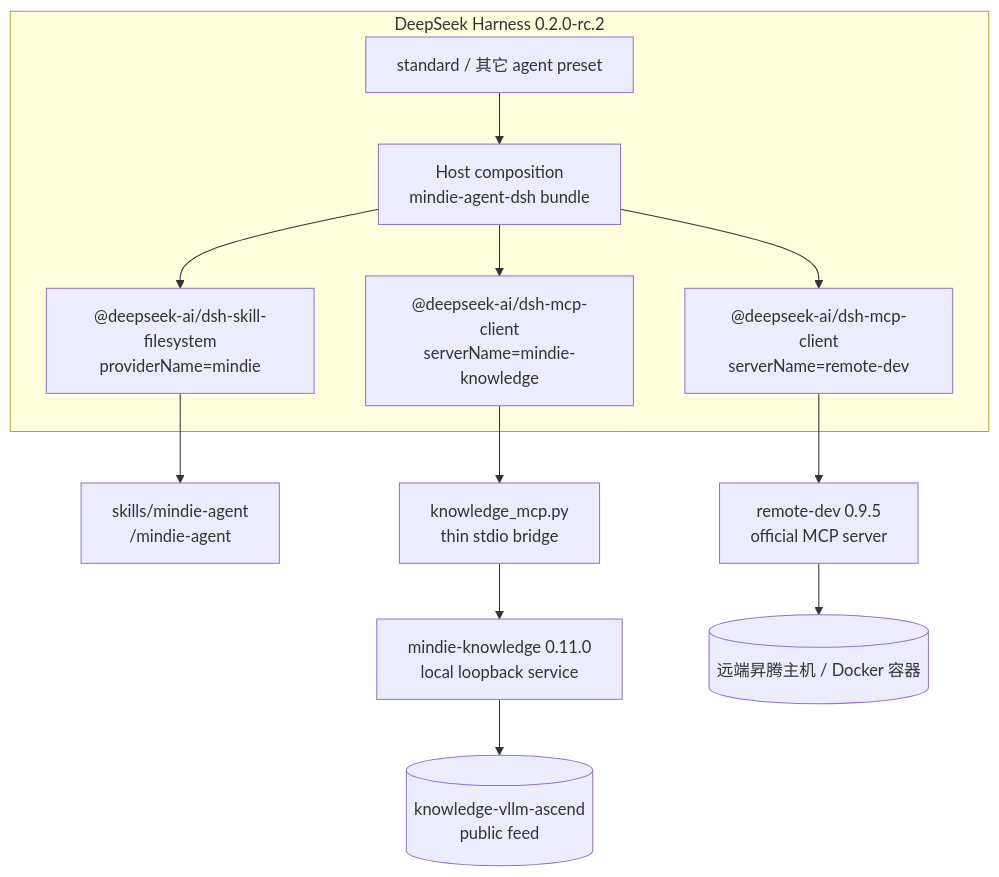
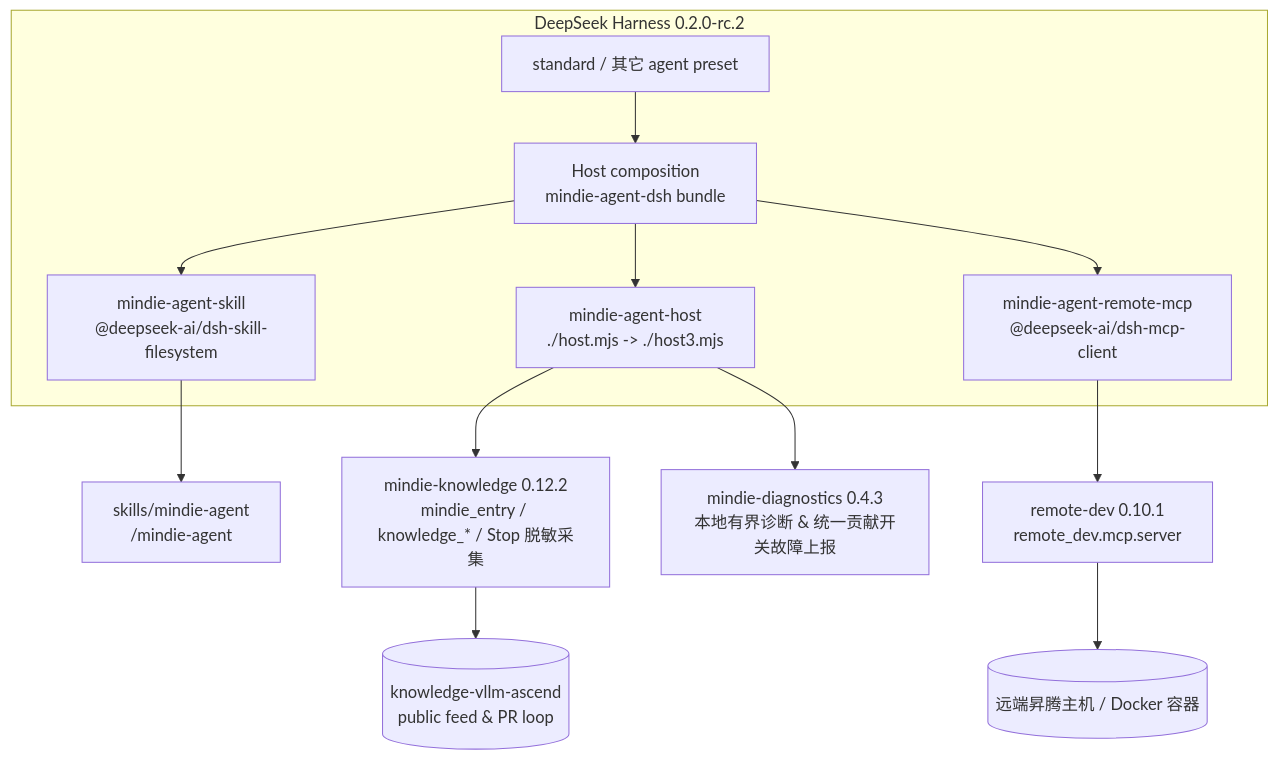
One commit to mindie-agent/mindie-agent-dsh changed the diagram in README.md. Above: the diagram before and after it, drawn with Mermaid. The commit also changed other lines of this file and 9 other files, not shown here.

````diff
--- a/README.md
+++ b/README.md
@@ -138,20 +142,20 @@
 ```mermaid
 flowchart TB
   subgraph DSH["DeepSeek Harness 0.2.0-rc.2"]
     HOST["Host composition<br/>mindie-agent-dsh bundle"]
     STD["standard / 其它 agent preset"]
-    SKILL["@deepseek-ai/dsh-skill-filesystem<br/>providerName=mindie"]
-    KMC["@deepseek-ai/dsh-mcp-client<br/>serverName=mindie-knowledge"]
-    RMC["@deepseek-ai/dsh-mcp-client<br/>serverName=remote-dev"]
+    SKILL["mindie-agent-skill<br/>@deepseek-ai/dsh-skill-filesystem"]
+    HPLUG["mindie-agent-host<br/>./host.mjs -> ./host3.mjs"]
+    RMC["mindie-agent-remote-mcp<br/>@deepseek-ai/dsh-mcp-client"]
     STD --> HOST
     HOST --> SKILL
-    HOST --> KMC
+    HOST --> HPLUG
     HOST --> RMC
   end
   SKILL --> SK["skills/mindie-agent<br/>/mindie-agent"]
-  KMC --> BR["knowledge_mcp.py<br/>thin stdio bridge"]
-  BR --> KS["mindie-knowledge 0.11.0<br/>local loopback service"]
-  KS --> FEED[("knowledge-vllm-ascend<br/>public feed")]
-  RMC --> RD["remote-dev 0.9.5<br/>official MCP server"]
+  HPLUG --> KS["mindie-knowledge 0.12.2<br/>mindie_entry / knowledge_* / Stop 脱敏采集"]
+  HPLUG --> DIAG["mindie-diagnostics 0.4.3<br/>本地有界诊断 & 统一贡献开关故障上报"]
+  KS --> FEED[("knowledge-vllm-ascend<br/>public feed & PR loop")]
+  RMC --> RD["remote-dev 0.10.1<br/>remote_dev.mcp.server"]
   RD --> NPU[("远端昇腾主机 / Docker 容器")]
 ```
````
